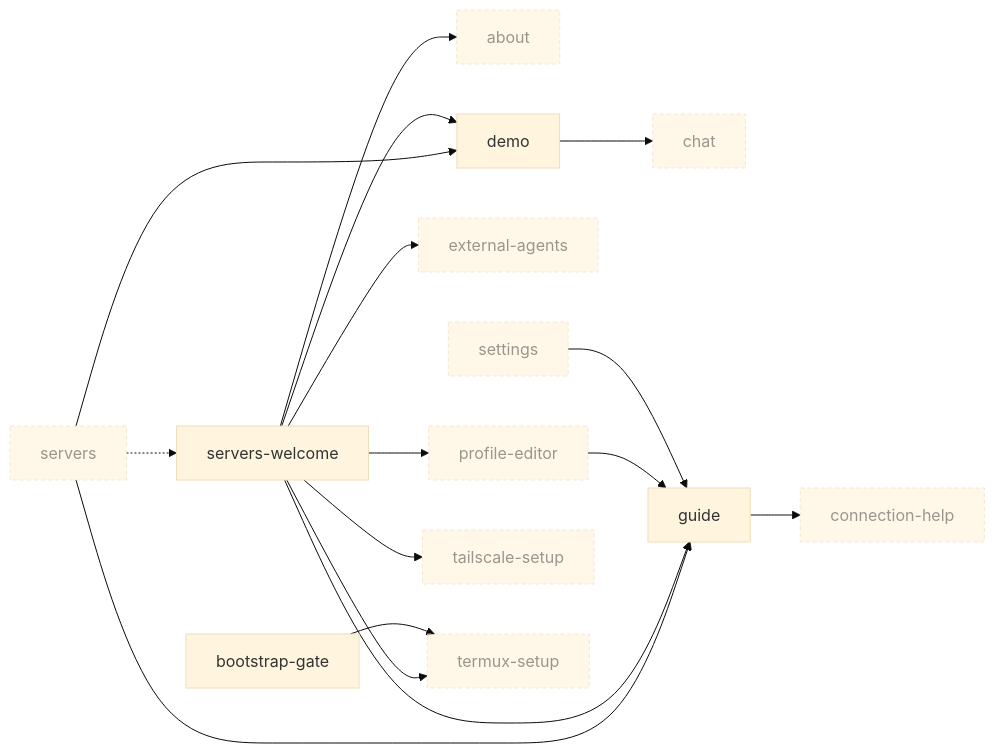
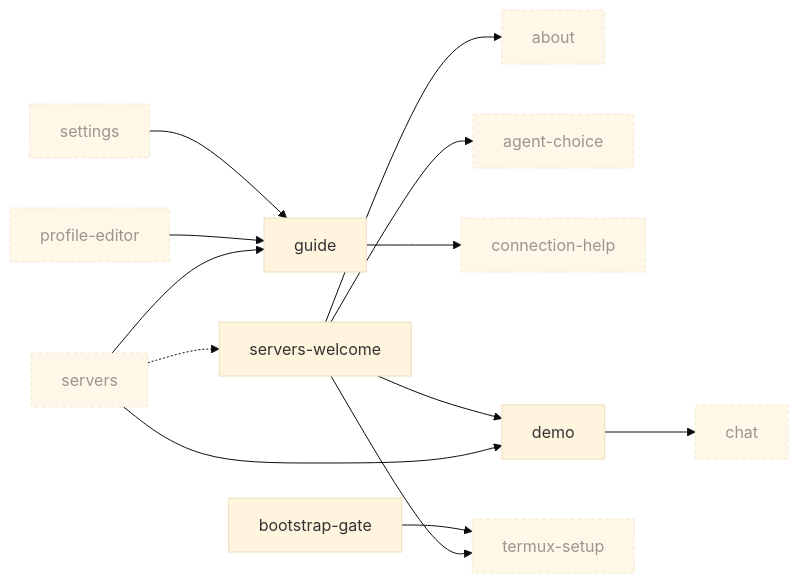
One commit to Breskott/opencode-mobile-next changed the ninth of 10 diagrams in docs/design/ui-ledger/navigation.md. Above: the diagram before and after it, drawn with Mermaid (base theme). The commit also changed other lines of this file and 6 other files, not shown here.

First line of the commit message:
docs(ledger): first run as a sequence

````diff
--- a/docs/design/ui-ledger/navigation.md
+++ b/docs/design/ui-ledger/navigation.md
@@ -1278,32 +1278,28 @@
 ```mermaid
 graph LR
   about["about"]:::ext
+  agent_choice["agent-choice"]:::ext
   bootstrap_gate["bootstrap-gate"]
   chat["chat"]:::ext
   connection_help["connection-help"]:::ext
   demo["demo"]
-  external_agents["external-agents"]:::ext
   guide["guide"]
   profile_editor["profile-editor"]:::ext
   servers["servers"]:::ext
   servers_welcome["servers-welcome"]
   settings["settings"]:::ext
-  tailscale_setup["tailscale-setup"]:::ext
   termux_setup["termux-setup"]:::ext
   demo --> chat
   servers --> guide
   servers --> demo
   servers_welcome --> about
-  servers_welcome --> guide
-  servers_welcome --> profile_editor
+  servers_welcome --> agent_choice
+  servers_welcome --> termux_setup
   servers_welcome --> demo
-  servers_welcome --> termux_setup
-  servers_welcome --> tailscale_setup
-  servers_welcome --> external_agents
   profile_editor --> guide
   settings --> guide
   guide --> connection_help
   servers -.-> servers_welcome
   bootstrap_gate --> termux_setup
   classDef ext stroke-dasharray: 4 3,opacity:0.7
 ```
````
